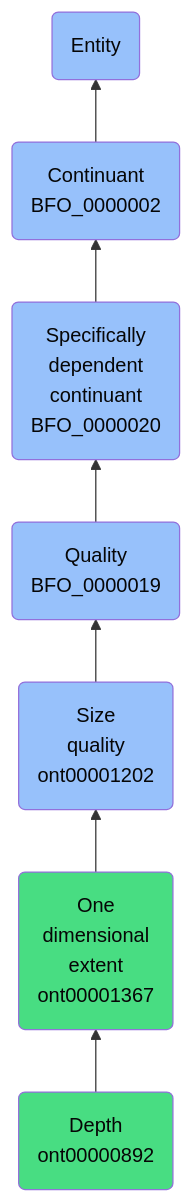
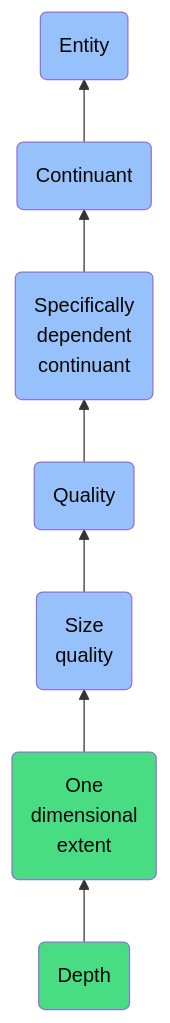
Before and after one commit to jupyter-naas/abi: the diagram in docs/ontology/reference/model/Entity/Continuant/Specifically dependent continuant/Quality/Size quality/One dimensional extent/Depth/Depth.md, drawn with Mermaid. The commit also changed other lines of this file and 1430 other files, not shown here.

````diff
--- a/docs/ontology/reference/model/Entity/Continuant/Specifically dependent continuant/Quality/Size quality/One dimensional extent/Depth/Depth.md
+++ b/docs/ontology/reference/model/Entity/Continuant/Specifically dependent continuant/Quality/Size quality/One dimensional extent/Depth/Depth.md
@@ -24,14 +24,14 @@
 ```mermaid
 graph BT
-    ont00000892(Depth<br>ont00000892):::ABI-->ont00001367
-    ont00001367(One<br>dimensional<br>extent<br>ont00001367):::ABI-->ont00001202
-    ont00001202(Size<br>quality<br>ont00001202):::BFO-->BFO_0000019
-    BFO_0000019(Quality<br>BFO_0000019):::BFO-->BFO_0000020
-    BFO_0000020(Specifically<br>dependent<br>continuant<br>BFO_0000020):::BFO-->BFO_0000002
-    BFO_0000002(Continuant<br>BFO_0000002):::BFO-->BFO_0000001
+    ont00000892(Depth):::ABI-->ont00001367
+    ont00001367(One<br>dimensional<br>extent):::ABI-->ont00001202
+    ont00001202(Size<br>quality):::BFO-->BFO_0000019
+    BFO_0000019(Quality):::BFO-->BFO_0000020
+    BFO_0000020(Specifically<br>dependent<br>continuant):::BFO-->BFO_0000002
+    BFO_0000002(Continuant):::BFO-->BFO_0000001
     BFO_0000001(Entity):::BFO
     
     classDef BFO fill:#97c1fb,color:#060606
     classDef CCO fill:#e4c51e,color:#060606
     classDef ABI fill:#48DD82,color:#060606
 ```
````
